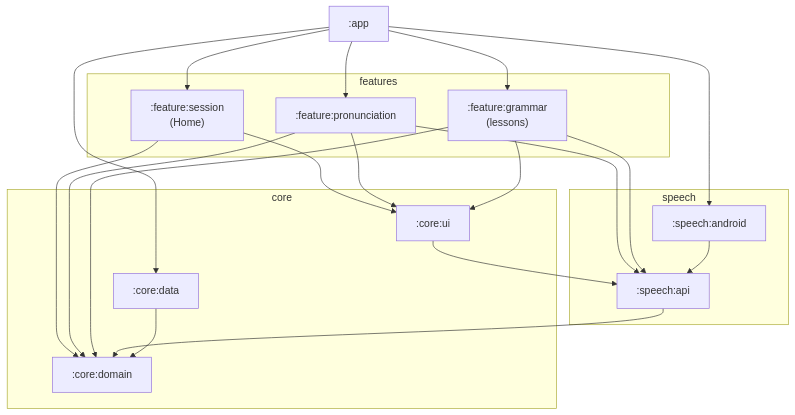
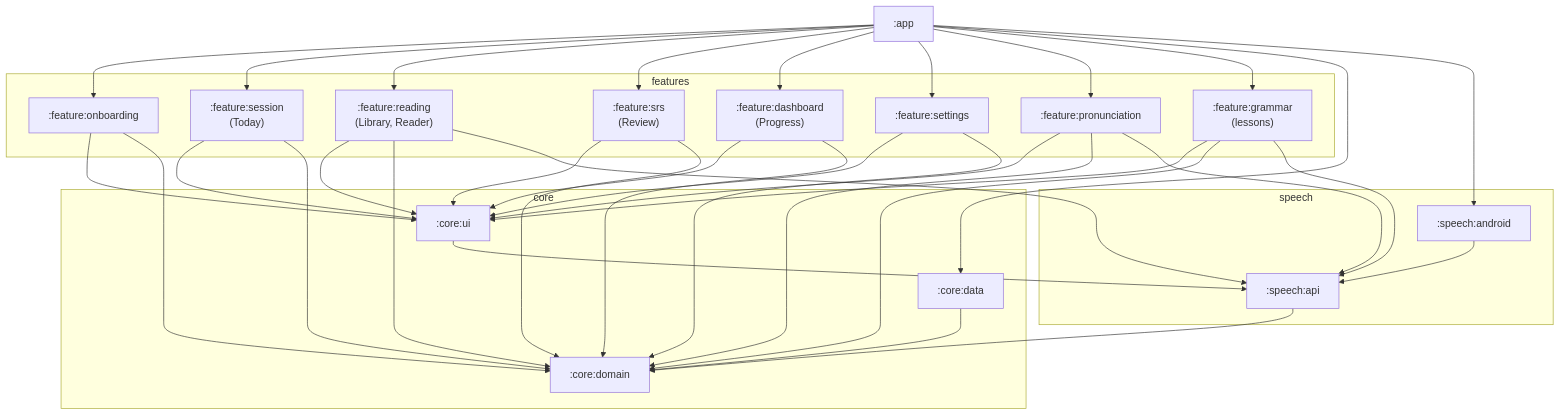
Before and after one commit to Namularbre/LanguageLearning: the diagram in ARCHITECTURE.md, drawn with Mermaid. The commit also changed other lines of this file and 5 other files, not shown here.

````diff
--- a/ARCHITECTURE.md
+++ b/ARCHITECTURE.md
@@ -25,27 +27,32 @@
 ```mermaid
 graph TD
     app[":app"]
     subgraph features
-        session[":feature:session<br/>(Home)"]
+        onboarding[":feature:onboarding"]
+        session[":feature:session<br/>(Today)"]
+        reading[":feature:reading<br/>(Library, Reader)"]
+        srs[":feature:srs<br/>(Review)"]
+        dashboard[":feature:dashboard<br/>(Progress)"]
+        settings[":feature:settings"]
         pron[":feature:pronunciation"]
         grammar[":feature:grammar<br/>(lessons)"]
     end
     subgraph core
         ui[":core:ui"]
         domain[":core:domain"]
         data[":core:data"]
     end
     subgraph speech
         sapi[":speech:api"]
         sandroid[":speech:android"]
     end
 
-    app --> session & pron & grammar
+    app --> onboarding & session & reading & srs & dashboard & settings & pron & grammar
     app --> data & sandroid
-    session & pron & grammar --> ui & domain
-    pron & grammar --> sapi
+    onboarding & session & reading & srs & dashboard & settings & pron & grammar --> ui & domain
+    reading & pron & grammar --> sapi
     ui --> sapi
     sapi --> domain
     data --> domain
     sandroid --> sapi
 ```
````
